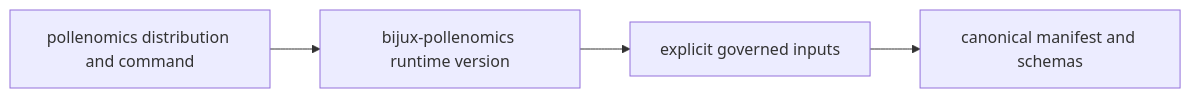
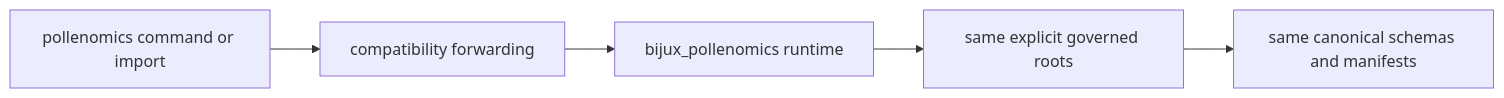
The diagram in packages/pollenomics/README.md (bijux/bijux-pollenomics), drawn with Mermaid before and after one commit. The commit also changed other lines of this file and 2 other files, not shown here.

Commit message:
docs(packages): sharpen runtime alias and maintainer boundaries

````diff
--- a/packages/pollenomics/README.md
+++ b/packages/pollenomics/README.md
@@ -73,6 +65,7 @@
 ```mermaid
 flowchart LR
-    Alias["pollenomics distribution and command"] --> Canonical["bijux-pollenomics runtime version"]
-    Canonical --> Inputs["explicit governed inputs"]
-    Inputs --> Result["canonical manifest and schemas"]
+    Short["pollenomics command or import"] --> Resolver["compatibility forwarding"]
+    Resolver --> Canonical["bijux_pollenomics runtime"]
+    Canonical --> Inputs["same explicit governed roots"]
+    Inputs --> Result["same canonical schemas and manifests"]
 ```
````
